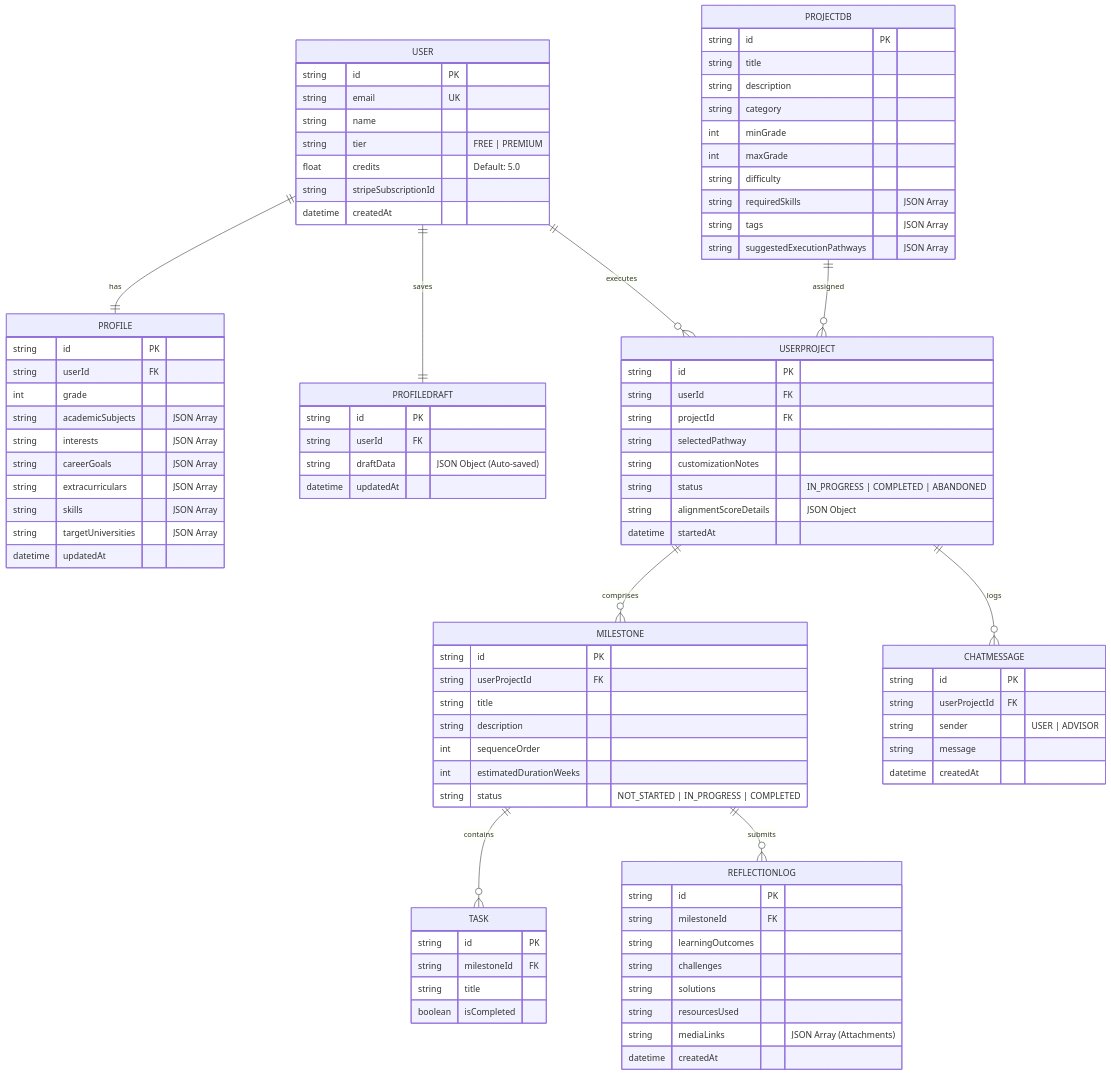
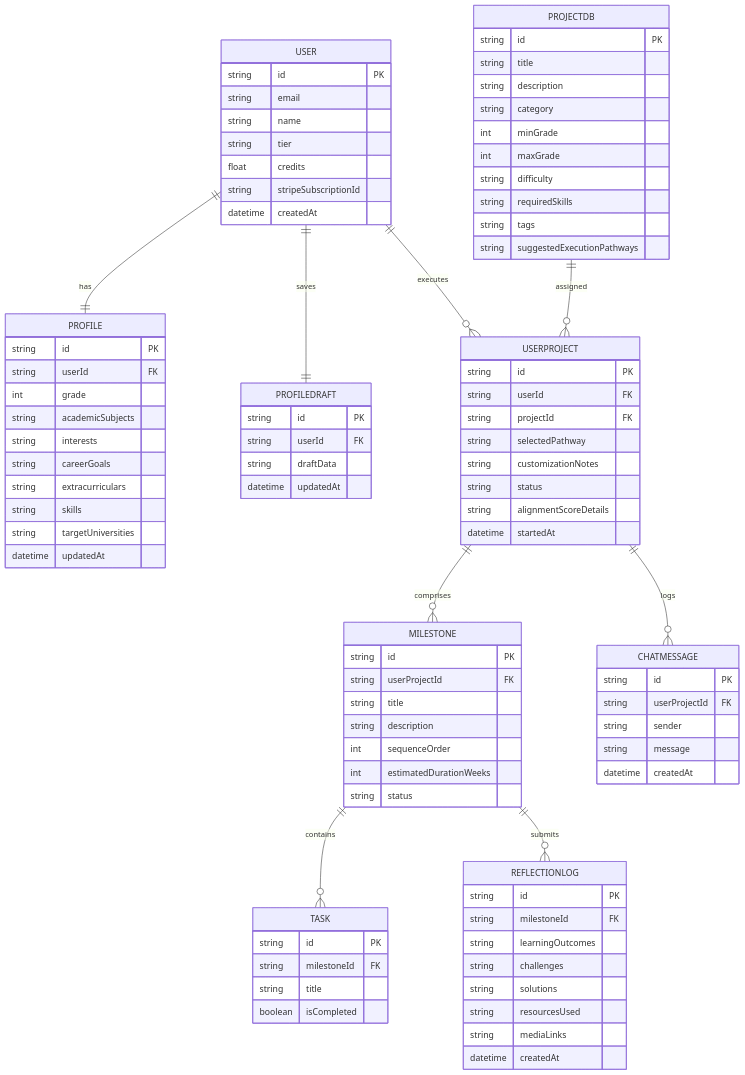
One commit to BharatPanthee/AdmissionAdvisor changed the second of 4 diagrams in docs/technical_flow_document.md. Above: the diagram before and after it, drawn with Mermaid. The commit also changed other lines of this file and 1 other file, not shown here.

Commit message:
Fix syntax and formatting issues in docs/ Mermaid diagrams

```diff
--- a/docs/technical_flow_document.md
+++ b/docs/technical_flow_document.md
@@ -67,10 +67,10 @@
 
     USER {
         string id PK
-        string email UK
+        string email
         string name
-        string tier "FREE | PREMIUM"
-        float credits "Default: 5.0"
+        string tier
+        float credits
         string stripeSubscriptionId
         datetime createdAt
     }
@@ -79,19 +79,19 @@
         string id PK
         string userId FK
         int grade
-        string academicSubjects "JSON Array"
-        string interests "JSON Array"
-        string careerGoals "JSON Array"
-        string extracurriculars "JSON Array"
-        string skills "JSON Array"
-        string targetUniversities "JSON Array"
+        string academicSubjects
+        string interests
+        string careerGoals
+        string extracurriculars
+        string skills
+        string targetUniversities
         datetime updatedAt
     }
 
     PROFILEDRAFT {
         string id PK
         string userId FK
-        string draftData "JSON Object (Auto-saved)"
+        string draftData
         datetime updatedAt
     }
 
@@ -103,9 +103,9 @@
         int minGrade
         int maxGrade
         string difficulty
-        string requiredSkills "JSON Array"
-        string tags "JSON Array"
-        string suggestedExecutionPathways "JSON Array"
+        string requiredSkills
+        string tags
+        string suggestedExecutionPathways
     }
 
     USERPROJECT {
@@ -114,8 +114,8 @@
         string projectId FK
         string selectedPathway
         string customizationNotes
-        string status "IN_PROGRESS | COMPLETED | ABANDONED"
-        string alignmentScoreDetails "JSON Object"
+        string status
+        string alignmentScoreDetails
         datetime startedAt
     }
 
@@ -126,7 +126,7 @@
         string description
         int sequenceOrder
         int estimatedDurationWeeks
-        string status "NOT_STARTED | IN_PROGRESS | COMPLETED"
+        string status
     }
 
     TASK {
@@ -143,14 +143,14 @@
         string challenges
         string solutions
         string resourcesUsed
-        string mediaLinks "JSON Array (Attachments)"
+        string mediaLinks
         datetime createdAt
     }
 
     CHATMESSAGE {
         string id PK
         string userProjectId FK
-        string sender "USER | ADVISOR"
+        string sender
         string message
         datetime createdAt
     }
```
